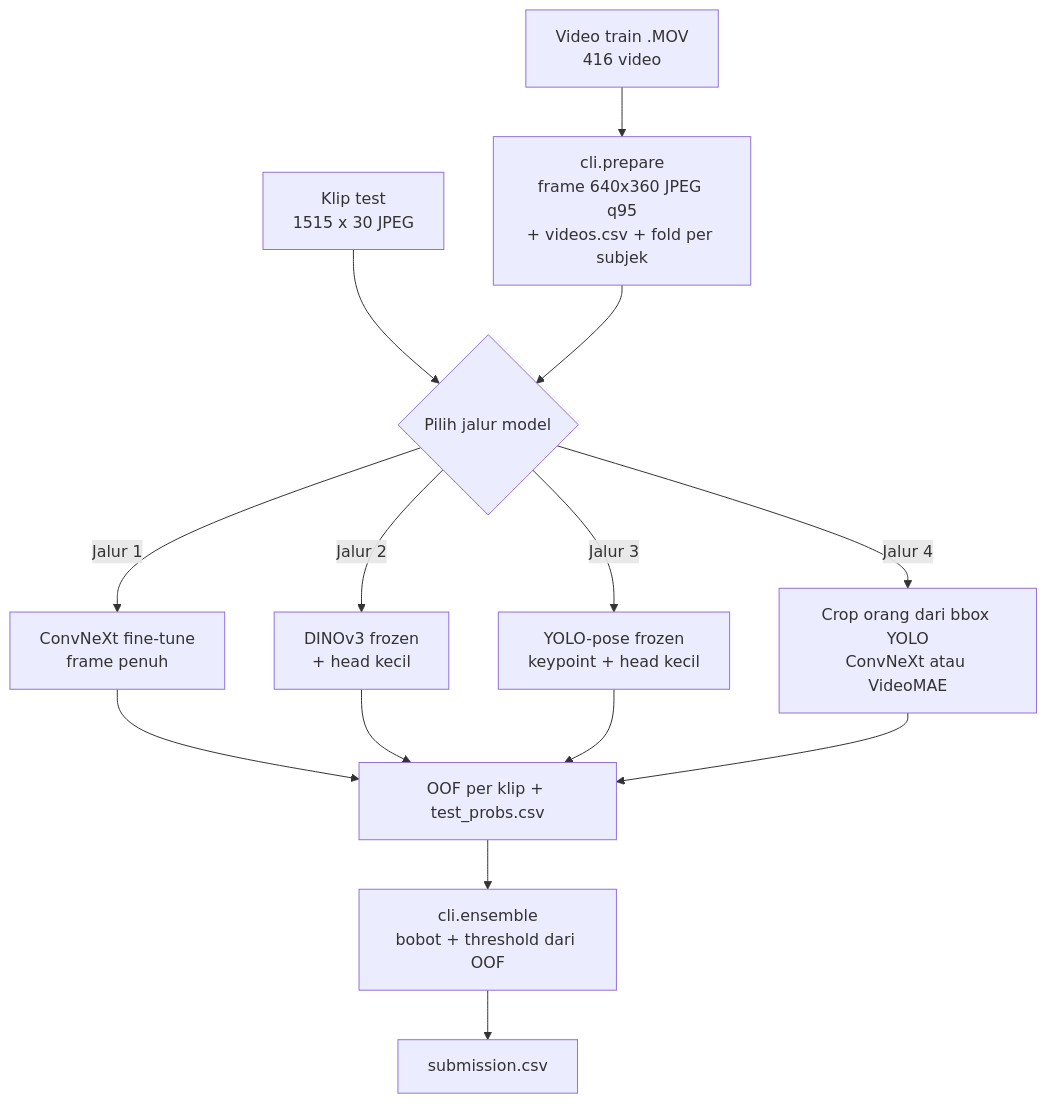
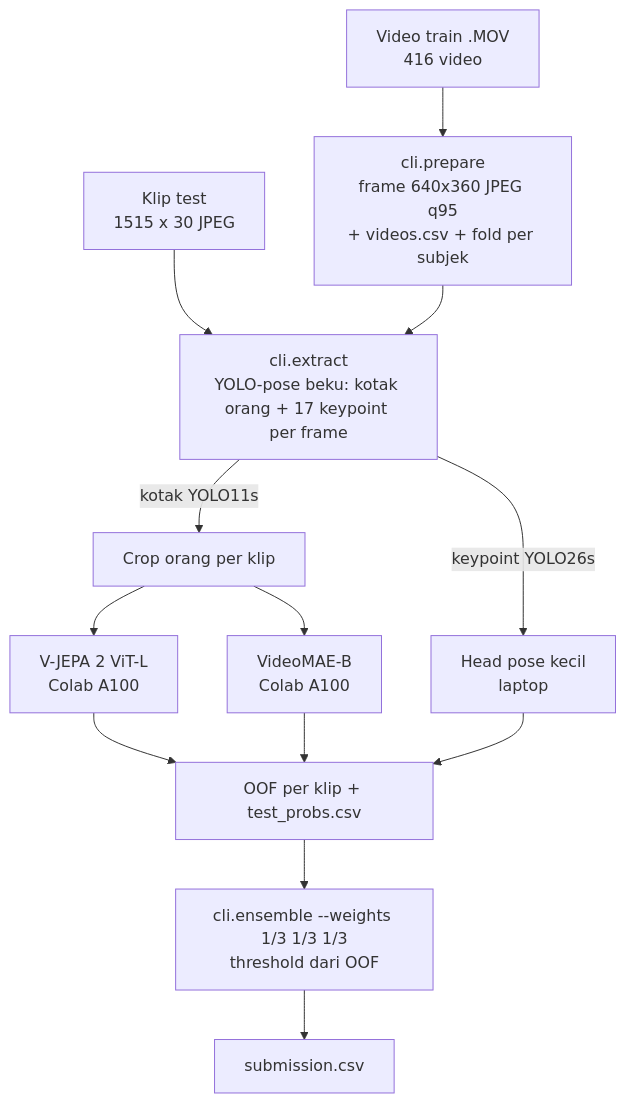
Before and after one commit to LhoWann/competitionDS26: the first of 4 diagrams in README.md, drawn with Mermaid. The commit also changed other lines of this file and 33 other files, not shown here.

````diff
--- a/README.md
+++ b/README.md
@@ -95,16 +100,15 @@
 ```mermaid
 flowchart TD
     A[Video train .MOV<br>416 video] --> B[cli.prepare<br>frame 640x360 JPEG q95<br>+ videos.csv + fold per subjek]
-    T[Klip test<br>1515 x 30 JPEG] --> P
-    B --> P{Pilih jalur model}
-    P -->|Jalur 1| M1[ConvNeXt fine-tune<br>frame penuh]
-    P -->|Jalur 2| M2[DINOv3 frozen<br>+ head kecil]
-    P -->|Jalur 3| M3[YOLO-pose frozen<br>keypoint + head kecil]
-    P -->|Jalur 4| M4[Crop orang dari bbox YOLO<br>ConvNeXt atau VideoMAE]
+    T[Klip test<br>1515 x 30 JPEG] --> X
+    B --> X[cli.extract<br>YOLO-pose beku: kotak orang + 17 keypoint per frame]
+    X -->|kotak YOLO11s| C[Crop orang per klip]
+    C --> M1[V-JEPA 2 ViT-L<br>Colab A100]
+    C --> M2[VideoMAE-B<br>Colab A100]
+    X -->|keypoint YOLO26s| M3[Head pose kecil<br>laptop]
     M1 --> O[OOF per klip + test_probs.csv]
     M2 --> O
     M3 --> O
-    M4 --> O
-    O --> E[cli.ensemble<br>bobot + threshold dari OOF]
+    O --> E[cli.ensemble --weights 1/3 1/3 1/3<br>threshold dari OOF]
     E --> S[submission.csv]
 ```
````
